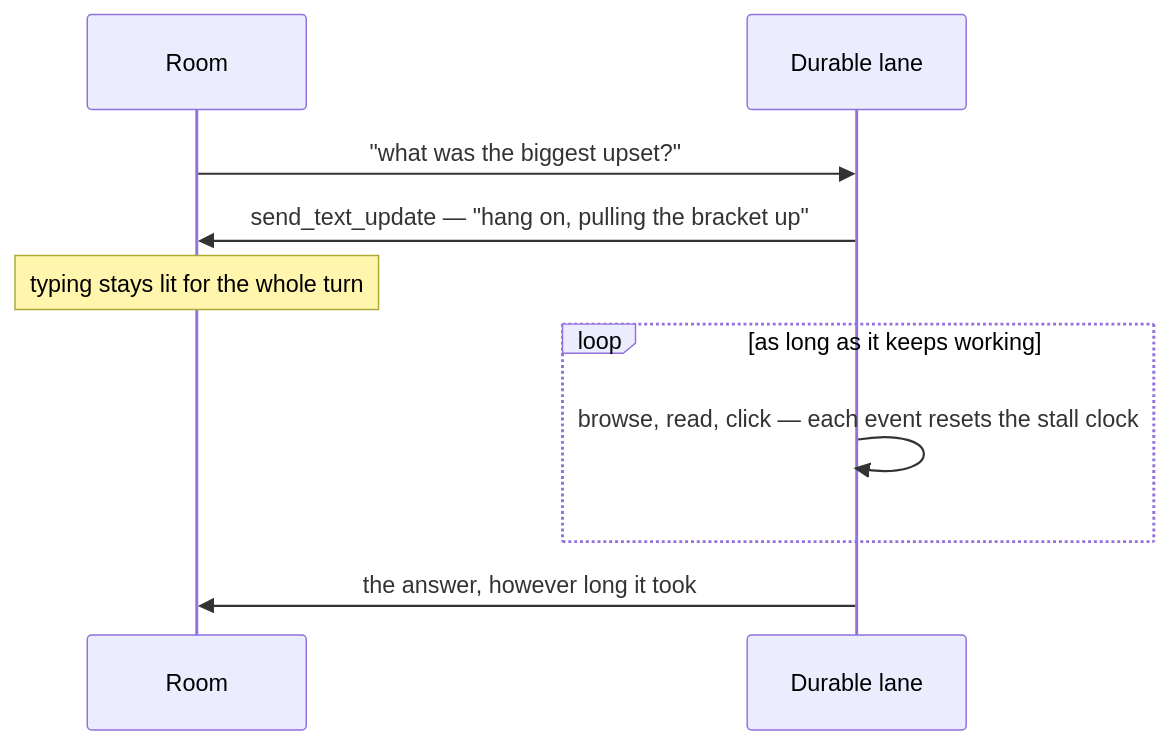
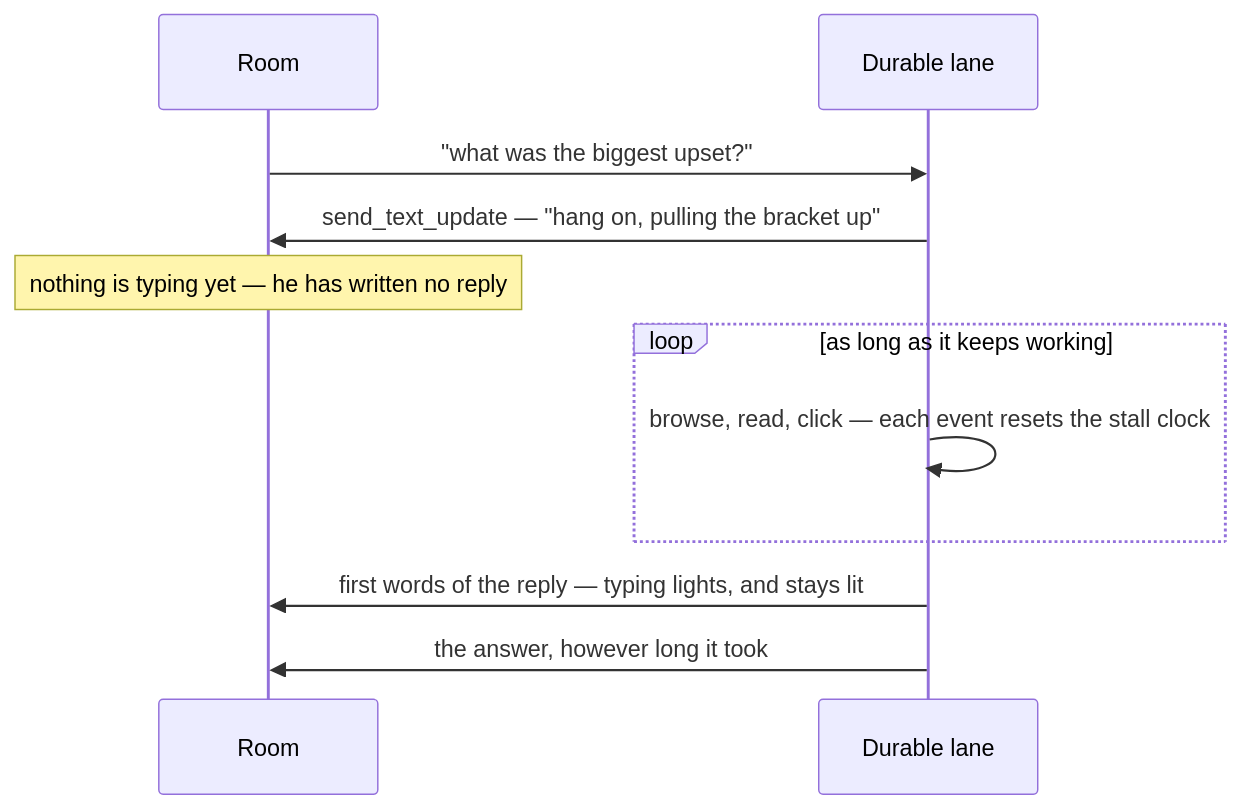
The second of 2 diagrams in docs/adr/0118-a-text-room-is-a-durable-lane.md (Volpestyle/clankie), drawn with Mermaid before and after one commit. The commit also changed other lines of this file and 10 other files, not shown here.

````diff
--- a/docs/adr/0118-a-text-room-is-a-durable-lane.md
+++ b/docs/adr/0118-a-text-room-is-a-durable-lane.md
@@ -147,12 +151,13 @@
 ```mermaid
 sequenceDiagram
     participant R as Room
     participant L as Durable lane
     R->>L: "what was the biggest upset?"
     L->>R: send_text_update — "hang on, pulling the bracket up"
-    Note over R: typing stays lit for the whole turn
+    Note over R: nothing is typing yet — he has written no reply
     loop as long as it keeps working
         L->>L: browse, read, click — each event resets the stall clock
     end
+    L->>R: first words of the reply — typing lights, and stays lit
     L->>R: the answer, however long it took
 ```
````
